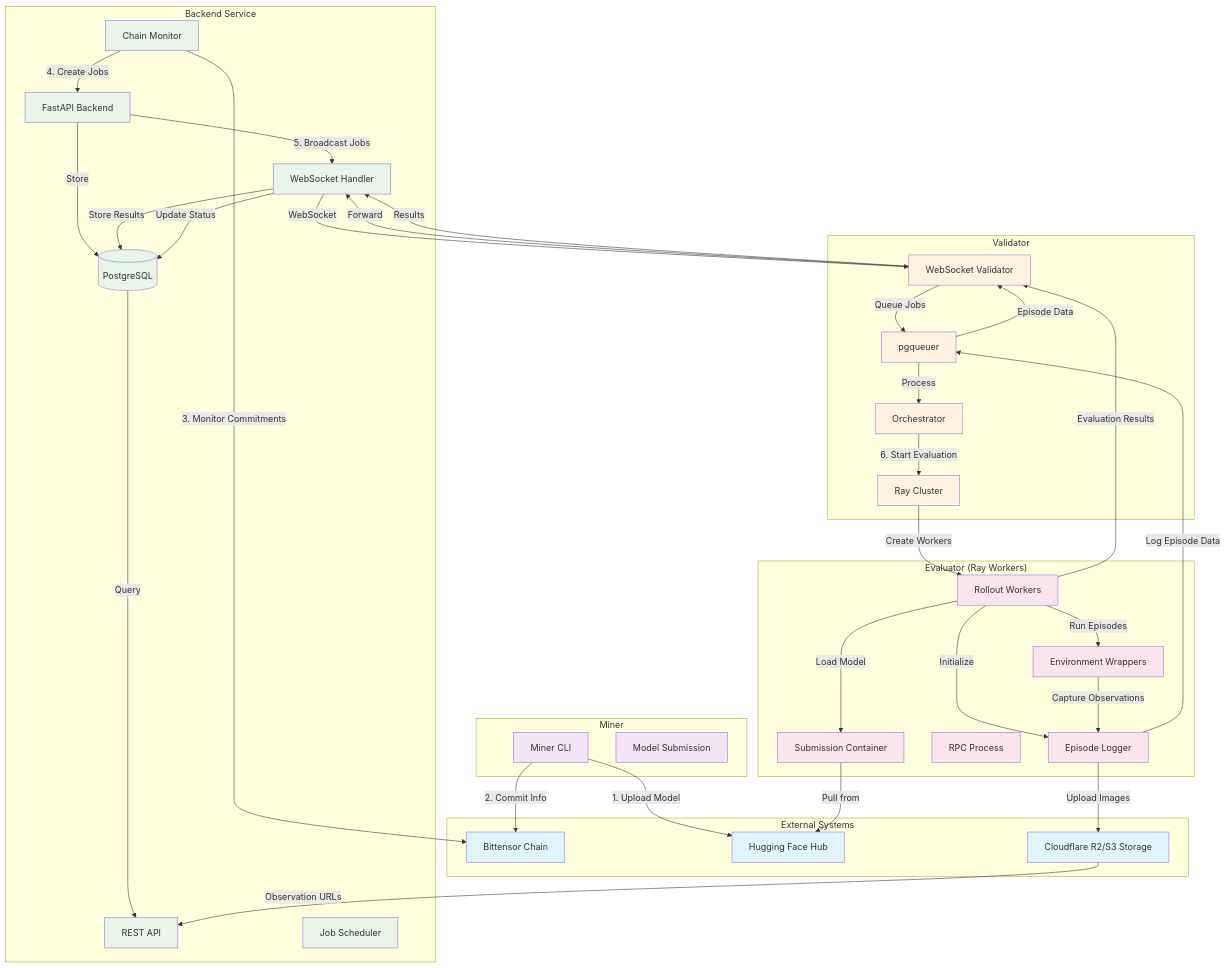
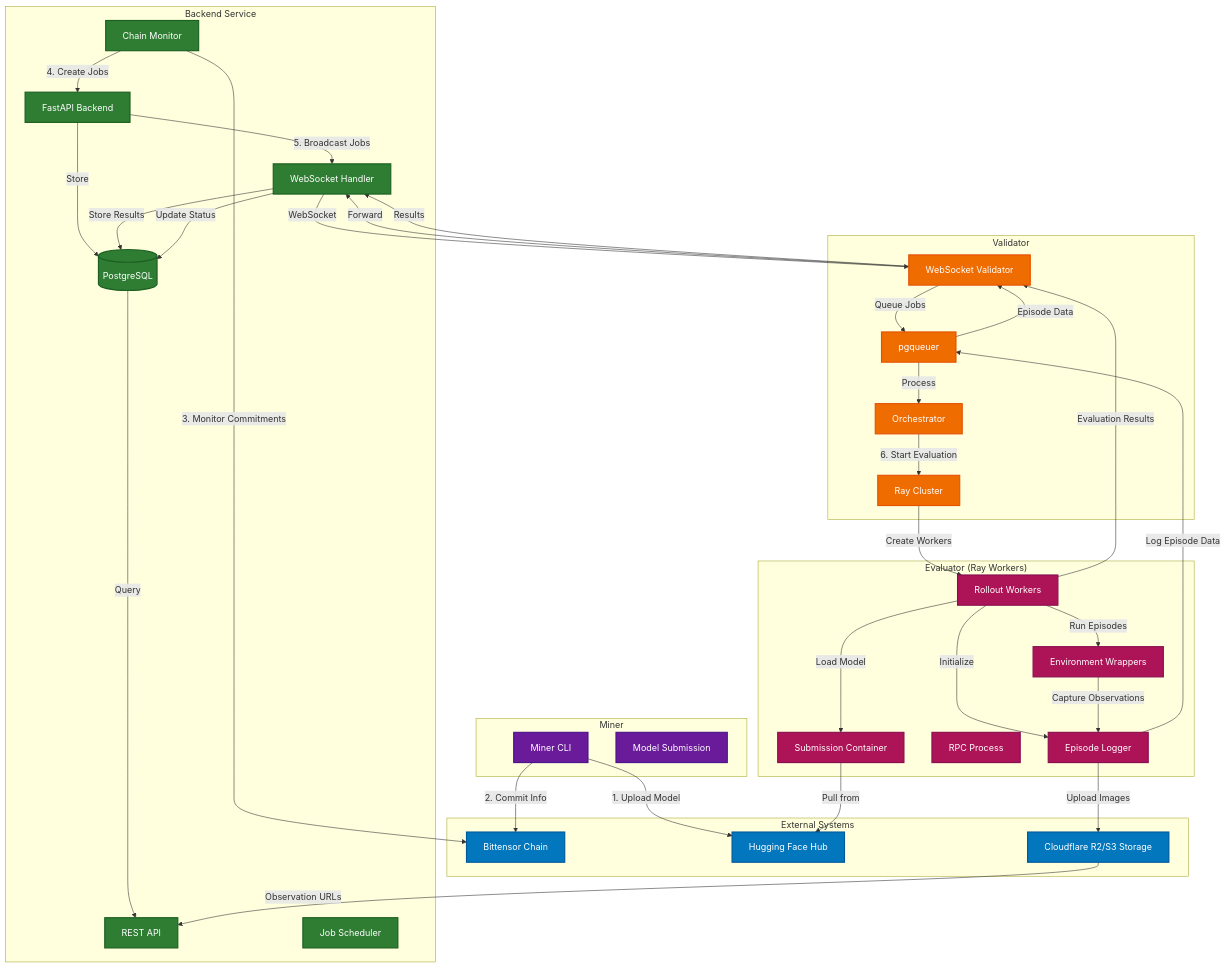
The diagram in README.md (RHTechConsulting/kinitro), drawn with Mermaid before and after one commit.

Commit message:
docs: update mermaid diagram styling

```diff
--- a/README.md
+++ b/README.md
@@ -119,11 +119,11 @@
     R2 -->|Observation URLs| API
 
     %% Styling
-    classDef external fill:#e1f5fe
-    classDef miner fill:#f3e5f5
-    classDef backend fill:#e8f5e8
-    classDef validator fill:#fff3e0
-    classDef evaluator fill:#fce4ec
+    classDef external fill:#0277bd,color:#fff,stroke:#01579b,stroke-width:2px
+    classDef miner fill:#6a1b9a,color:#fff,stroke:#4a148c,stroke-width:2px
+    classDef backend fill:#2e7d32,color:#fff,stroke:#1b5e20,stroke-width:2px
+    classDef validator fill:#ef6c00,color:#fff,stroke:#e65100,stroke-width:2px
+    classDef evaluator fill:#ad1457,color:#fff,stroke:#880e4f,stroke-width:2px
     
     class BC,HF,R2 external
     class MC,MS miner
```
